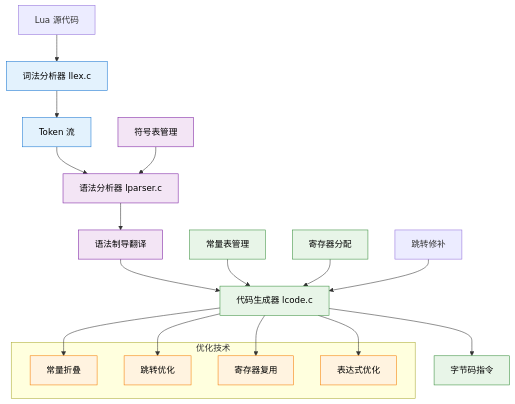
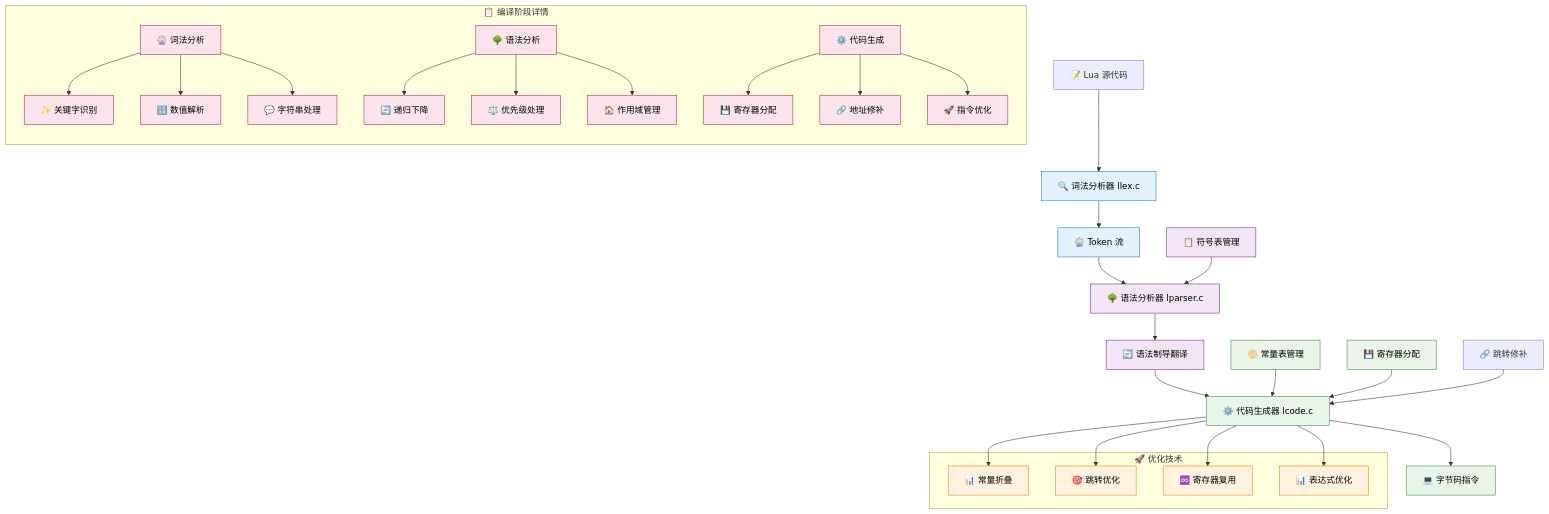
One commit to YanqingXu/lua_c_analysis changed the third of 16 diagrams in docs/wiki_bytecode.md. Above: the diagram before and after it, drawn with Mermaid. The commit also changed other lines of this file and 1 other file, not shown here.

Commit message:
Fix mermaid diagram formatting in Lua call stack management documentation

````diff
--- a/docs/wiki_bytecode.md
+++ b/docs/wiki_bytecode.md
@@ -18,36 +102,56 @@
 ```mermaid
 flowchart TD
-    A[Lua 源代码] --> B[词法分析器 llex.c]
-    B --> C[Token 流]
-    C --> D[语法分析器 lparser.c] 
-    D --> E[语法制导翻译]
-    E --> F[代码生成器 lcode.c]
-    F --> G[字节码指令]
+    A[📝 Lua 源代码] --> B[🔍 词法分析器 llex.c]
+    B --> C[🎡 Token 流]
+    C --> D[🌳 语法分析器 lparser.c] 
+    D --> E[🔄 语法制导翻译]
+    E --> F[⚙️ 代码生成器 lcode.c]
+    F --> G[💻 字节码指令]
     
-    H[符号表管理] --> D
-    I[常量表管理] --> F
-    J[寄存器分配] --> F
-    K[跳转修补] --> F
+    H[📋 符号表管理] --> D
+    I[📀 常量表管理] --> F
+    J[💾 寄存器分配] --> F
+    K[🔗 跳转修补] --> F
     
-    subgraph "优化技术"
-        L[常量折叠]
-        M[跳转优化] 
-        N[寄存器复用]
-        O[表达式优化]
+    subgraph "🚀 优化技术"
+        L[📊 常量折叠]
+        M[🎯 跳转优化] 
+        N[♾️ 寄存器复用]
+        O[📊 表达式优化]
     end
     
     F --> L
     F --> M
     F --> N
     F --> O
     
+    subgraph "📋 编译阶段详情"
+        direction TB
+        P1[🎡 词法分析]
+        P1 --> P2[✨ 关键字识别]
+        P1 --> P3[🔢 数值解析]
+        P1 --> P4[💬 字符串处理]
+        
+        Q1[🌳 语法分析]
+        Q1 --> Q2[🔄 递归下降]
+        Q1 --> Q3[⚖️ 优先级处理]
+        Q1 --> Q4[🏠 作用域管理]
+        
+        R1[⚙️ 代码生成]
+        R1 --> R2[💾 寄存器分配]
+        R1 --> R3[🔗 地址修补]
+        R1 --> R4[🚀 指令优化]
+    end
+    
     classDef lexer fill:#e3f2fd,stroke:#1976d2,color:#000
     classDef parser fill:#f3e5f5,stroke:#7b1fa2,color:#000
     classDef codegen fill:#e8f5e8,stroke:#388e3c,color:#000
     classDef optimize fill:#fff3e0,stroke:#f57c00,color:#000
+    classDef detail fill:#fce4ec,stroke:#c2185b,color:#000
     
     class B,C lexer
     class D,E,H parser
     class F,G,I,J codegen
     class L,M,N,O optimize
+    class P1,P2,P3,P4,Q1,Q2,Q3,Q4,R1,R2,R3,R4 detail
 ```
````
